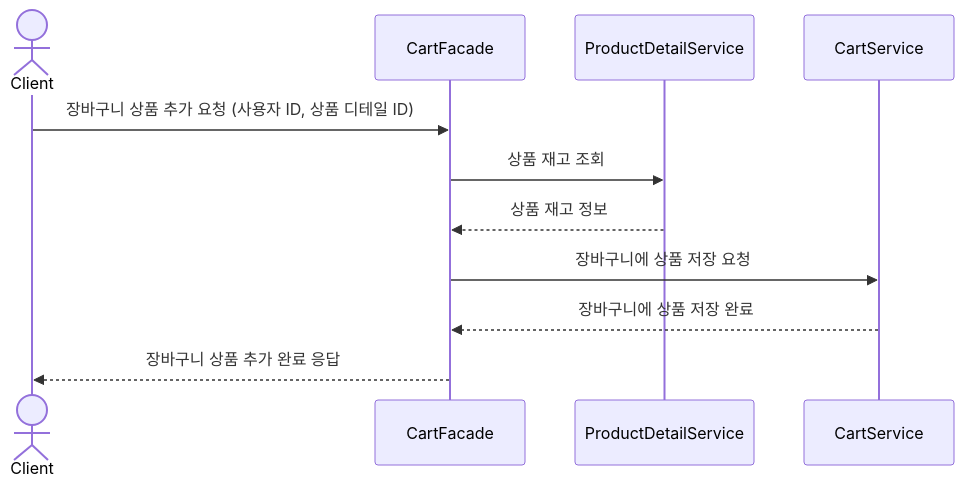
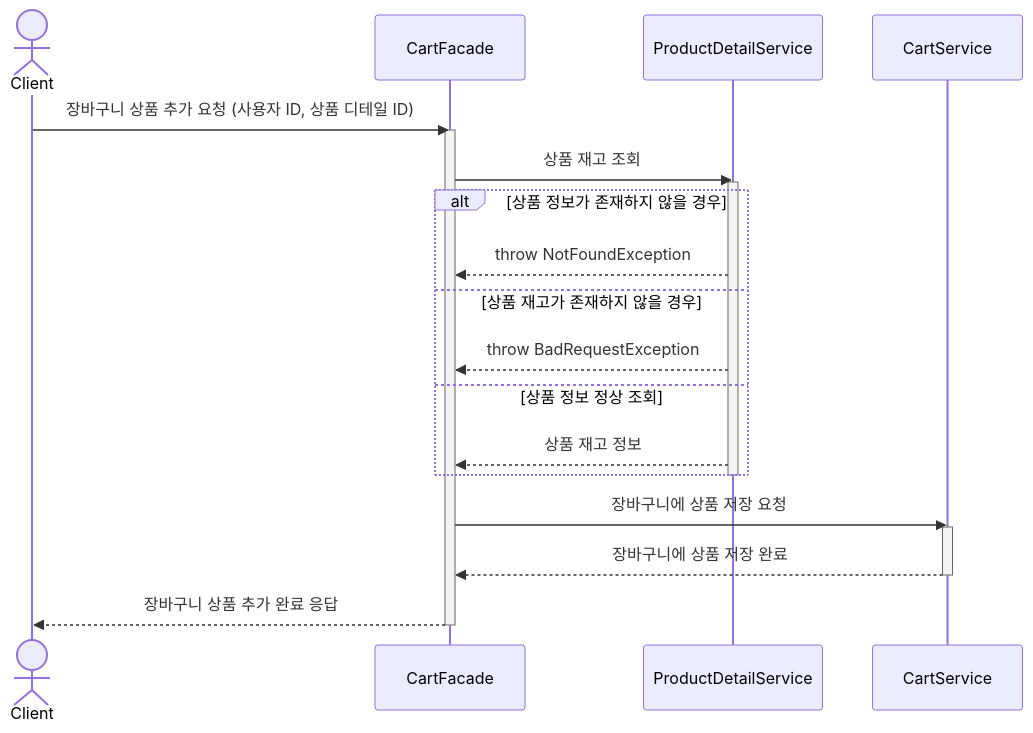
One commit to lgm1007/hhplus_ecommerce changed the eighth of 10 diagrams in docs/SEQUENCE_DIAGRAM.md. Above: the diagram before and after it, drawn with Mermaid. The commit also changed other lines of this file, not shown here.

Commit message:
docs: 시퀀스 다이어그램 내용 수정

````diff
--- a/docs/SEQUENCE_DIAGRAM.md
+++ b/docs/SEQUENCE_DIAGRAM.md
@@ -199,14 +253,26 @@
 ```mermaid
 sequenceDiagram
     actor Client
     participant CartFacade
     participant ProductDetailService
     participant CartService
 
     Client ->> CartFacade: 장바구니 상품 추가 요청 (사용자 ID, 상품 디테일 ID)
+    activate CartFacade
     CartFacade ->> ProductDetailService: 상품 재고 조회
-    ProductDetailService -->> CartFacade: 상품 재고 정보
+    activate ProductDetailService
+    alt 상품 정보가 존재하지 않을 경우
+        ProductDetailService -->> CartFacade: throw NotFoundException
+    else 상품 재고가 존재하지 않을 경우
+        ProductDetailService -->> CartFacade: throw BadRequestException
+    else 상품 정보 정상 조회
+        ProductDetailService -->> CartFacade: 상품 재고 정보
+    end
+    deactivate ProductDetailService
     CartFacade ->> CartService: 장바구니에 상품 저장 요청
+    activate CartService
     CartService -->> CartFacade: 장바구니에 상품 저장 완료
+    deactivate CartService
     CartFacade -->> Client: 장바구니 상품 추가 완료 응답
+    deactivate CartFacade
 ```
````
